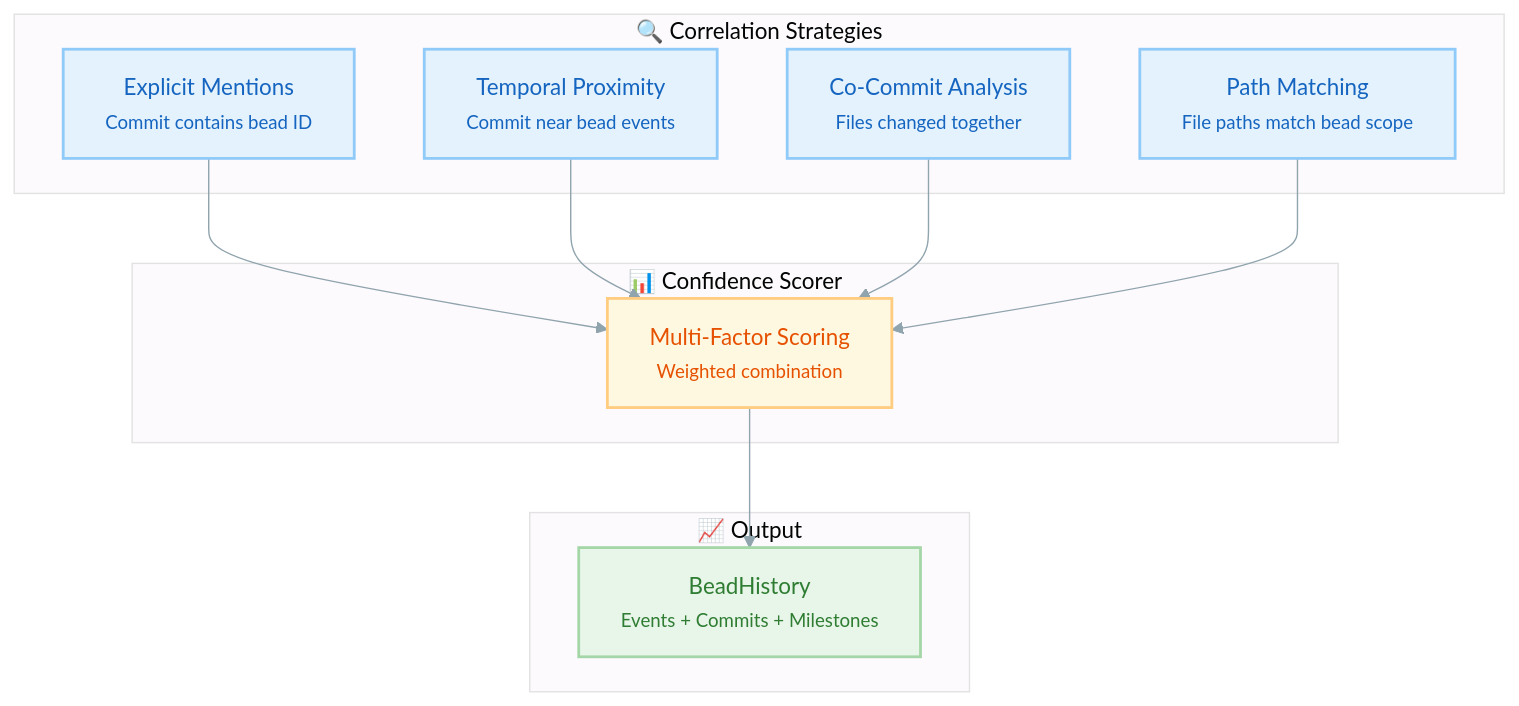
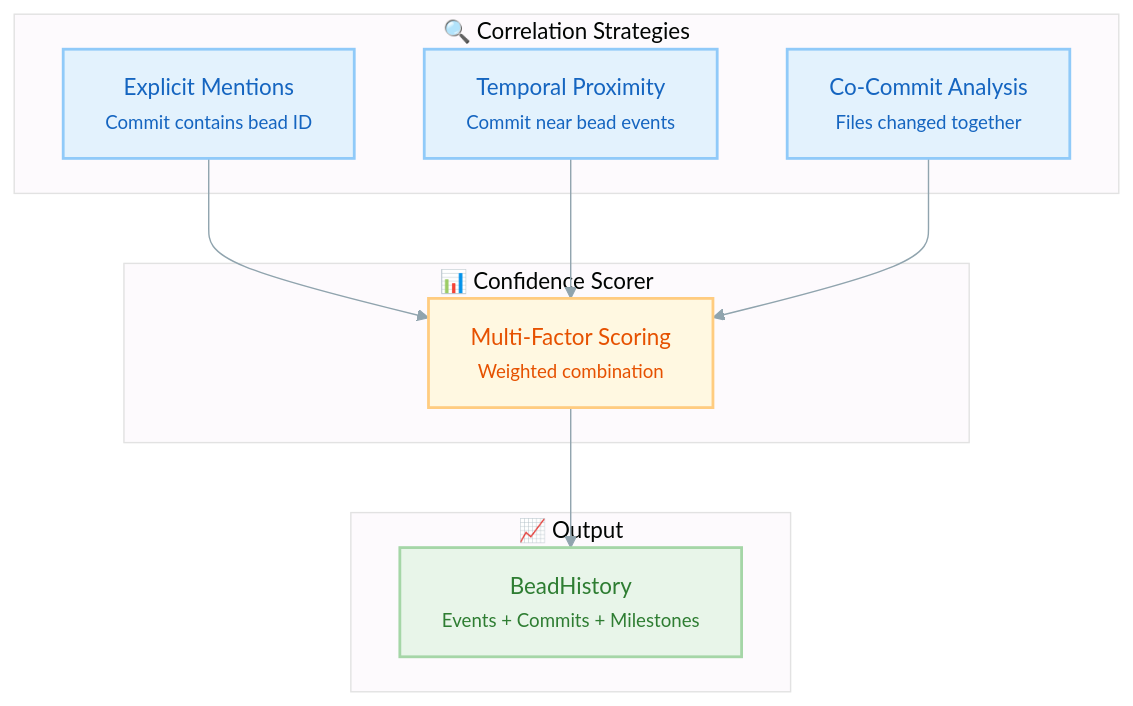
The seventh of 9 diagrams in README.md (Angel-O/beads_viewer), drawn with Mermaid before and after one commit. The commit also changed other lines of this file and 1 other file, not shown here.

````diff
--- a/README.md
+++ b/README.md
@@ -1975,33 +1976,31 @@
 ```mermaid
 graph TD
     %%{init: {'theme': 'base', 'themeVariables': { 'primaryColor': '#e8f5e9', 'lineColor': '#90a4ae'}}}%%
 
     subgraph strategies ["🔍 Correlation Strategies"]
         E["Explicit Mentions<br/><small>Commit contains bead ID</small>"]
         T["Temporal Proximity<br/><small>Commit near bead events</small>"]
         C["Co-Commit Analysis<br/><small>Files changed together</small>"]
-        P["Path Matching<br/><small>File paths match bead scope</small>"]
     end
 
     subgraph scorer ["📊 Confidence Scorer"]
         S["Multi-Factor Scoring<br/><small>Weighted combination</small>"]
     end
 
     subgraph output ["📈 Output"]
         H["BeadHistory<br/><small>Events + Commits + Milestones</small>"]
     end
 
     E --> S
     T --> S
     C --> S
-    P --> S
     S --> H
 
     classDef strategy fill:#e3f2fd,stroke:#90caf9,stroke-width:2px,color:#1565c0
     classDef score fill:#fff8e1,stroke:#ffcc80,stroke-width:2px,color:#e65100
     classDef out fill:#e8f5e9,stroke:#a5d6a7,stroke-width:2px,color:#2e7d32
 
-    class E,T,C,P strategy
+    class E,T,C strategy
     class S score
     class H out
 ```
````
